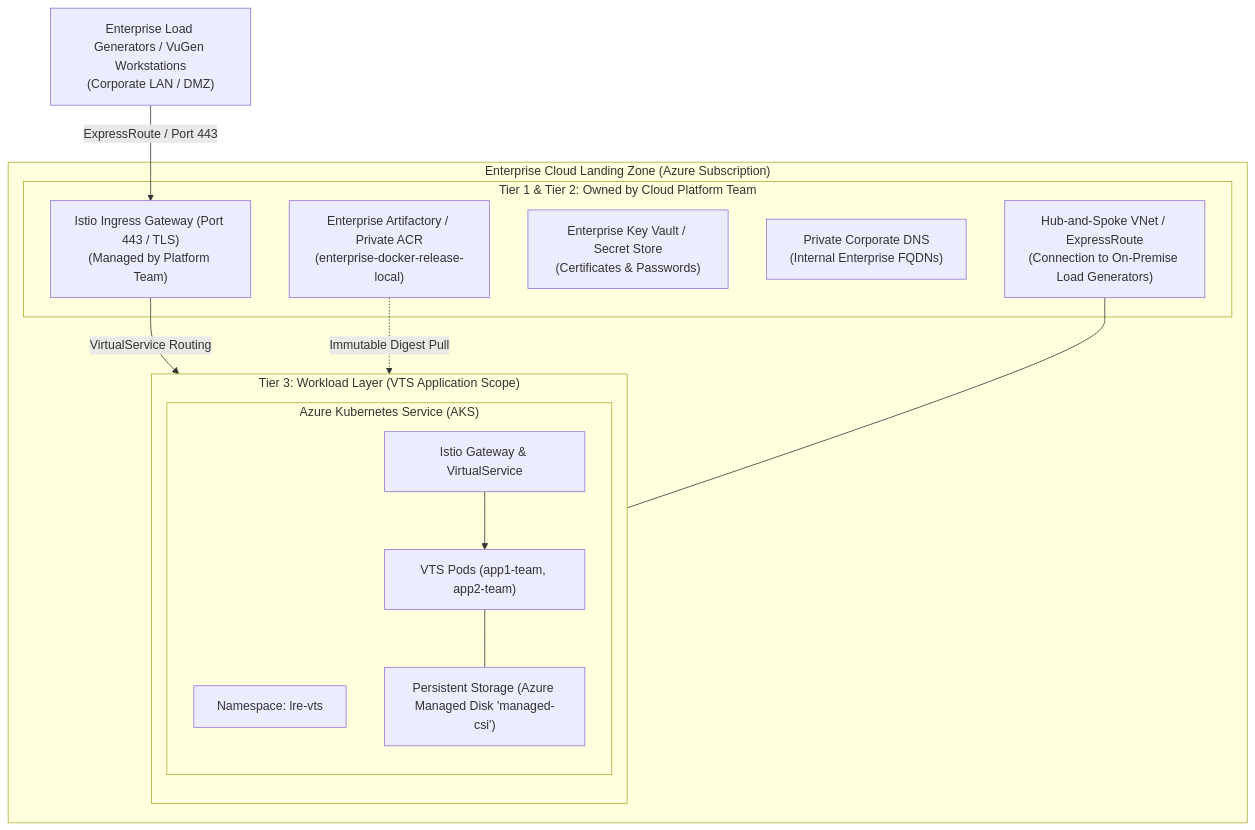
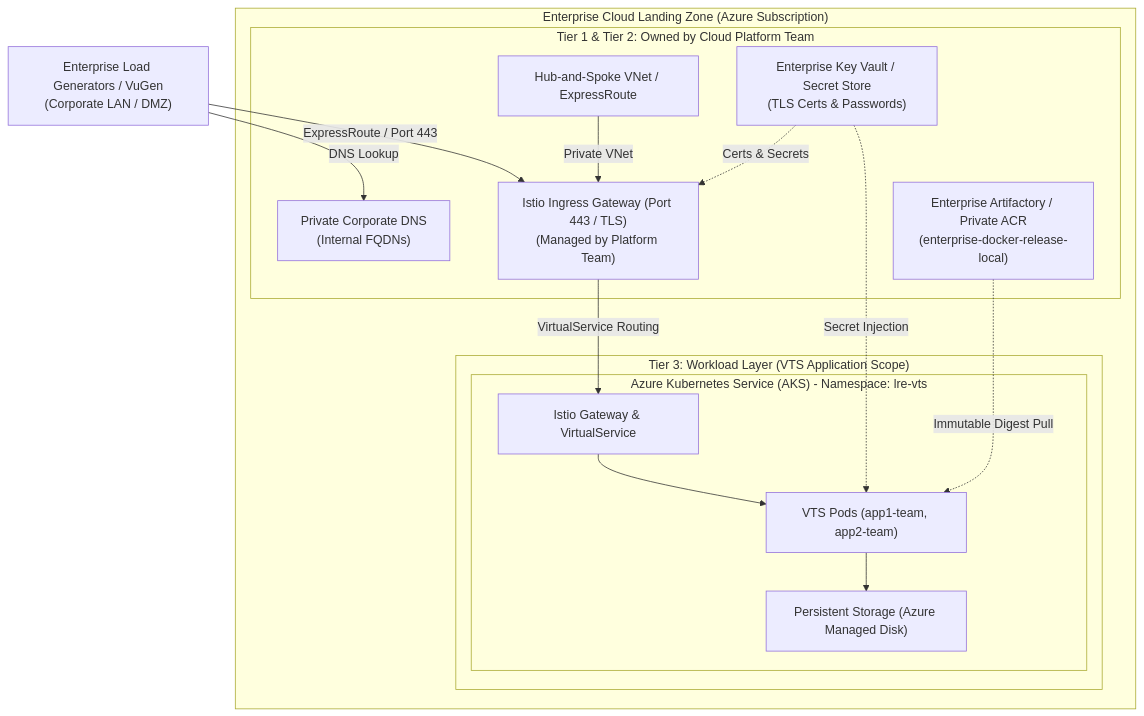
The first of 5 diagrams in vts-aks/README.md (maheshde791/ot-vts-ocp), drawn with Mermaid before and after one commit. The commit also changed other lines of this file and 2 other files, not shown here.

First line of the commit message:
fix(aks): repair Mermaid syntax/routing and inject Secret password into configure.json

````diff
--- a/vts-aks/README.md
+++ b/vts-aks/README.md
@@ -24,29 +24,28 @@
 ```mermaid
 flowchart TD
+    LG["Enterprise Load Generators / VuGen\n(Corporate LAN / DMZ)"] -->|DNS Lookup| DNS["Private Corporate DNS\n(Internal FQDNs)"]
+    LG -->|ExpressRoute / Port 443| Istio["Istio Ingress Gateway (Port 443 / TLS)\n(Managed by Platform Team)"]
+
     subgraph ELZ["Enterprise Cloud Landing Zone (Azure Subscription)"]
         subgraph Tier1["Tier 1 & Tier 2: Owned by Cloud Platform Team"]
-            Net["Hub-and-Spoke VNet / ExpressRoute\n(Connection to On-Premise Load Generators)"]
+            DNS
+            Net["Hub-and-Spoke VNet / ExpressRoute"] -->|Private VNet| Istio
+            AKV["Enterprise Key Vault / Secret Store\n(TLS Certs & Passwords)"] -.->|Certs & Secrets| Istio
             ACR["Enterprise Artifactory / Private ACR\n(enterprise-docker-release-local)"]
-            AKV["Enterprise Key Vault / Secret Store\n(Certificates & Passwords)"]
-            DNS["Private Corporate DNS\n(Internal Enterprise FQDNs)"]
-            Istio["Istio Ingress Gateway (Port 443 / TLS)\n(Managed by Platform Team)"]
         end
 
         subgraph Tier3["Tier 3: Workload Layer (VTS Application Scope)"]
-            direction TB
-            subgraph AKS["Azure Kubernetes Service (AKS)"]
-                NS["Namespace: lre-vts"]
+            subgraph AKS["Azure Kubernetes Service (AKS) - Namespace: lre-vts"]
                 GW["Istio Gateway & VirtualService"]
                 Pods["VTS Pods (app1-team, app2-team)"]
-                PVC["Persistent Storage (Azure Managed Disk 'managed-csi')"]
+                PVC["Persistent Storage (Azure Managed Disk)"]
                 GW --> Pods
-                Pods --- PVC
+                Pods --> PVC
             end
         end
     end
 
-    LG["Enterprise Load Generators / VuGen Workstations\n(Corporate LAN / DMZ)"] -->|ExpressRoute / Port 443| Istio
     Istio -->|VirtualService Routing| GW
-    Net --- AKS
+    AKV -.->|Secret Injection| Pods
     ACR -.->|Immutable Digest Pull| Pods
 ```
````
